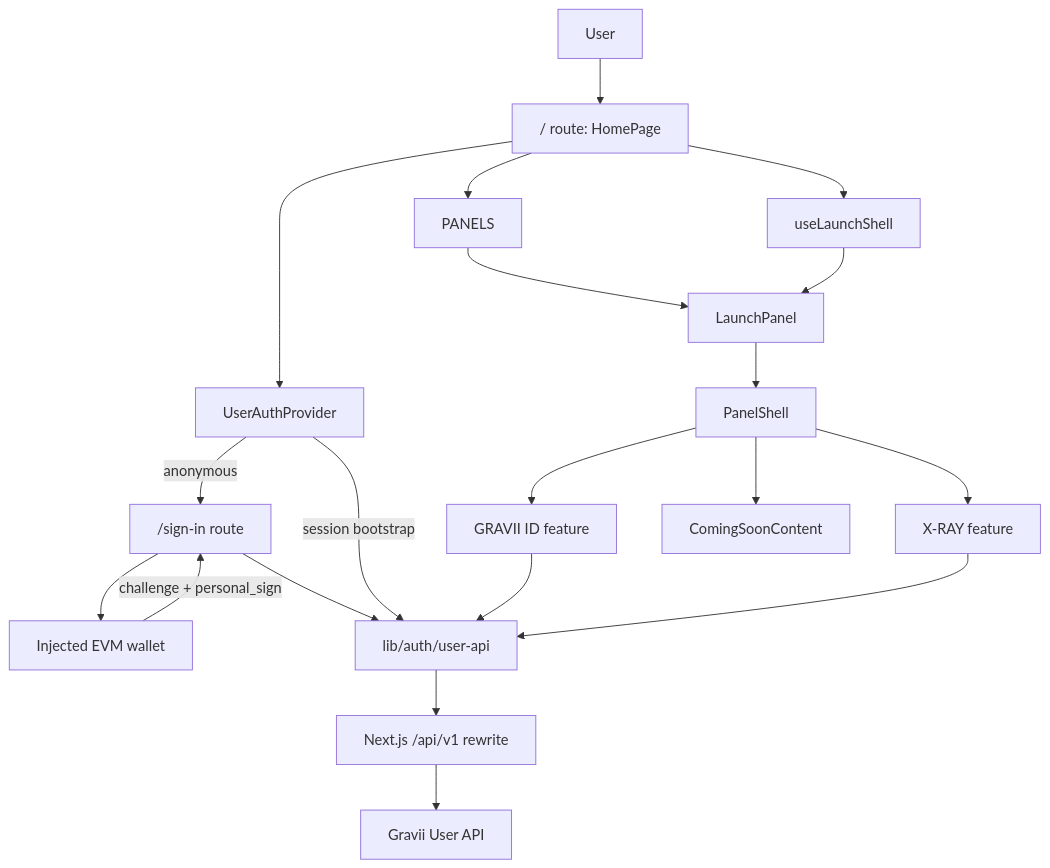
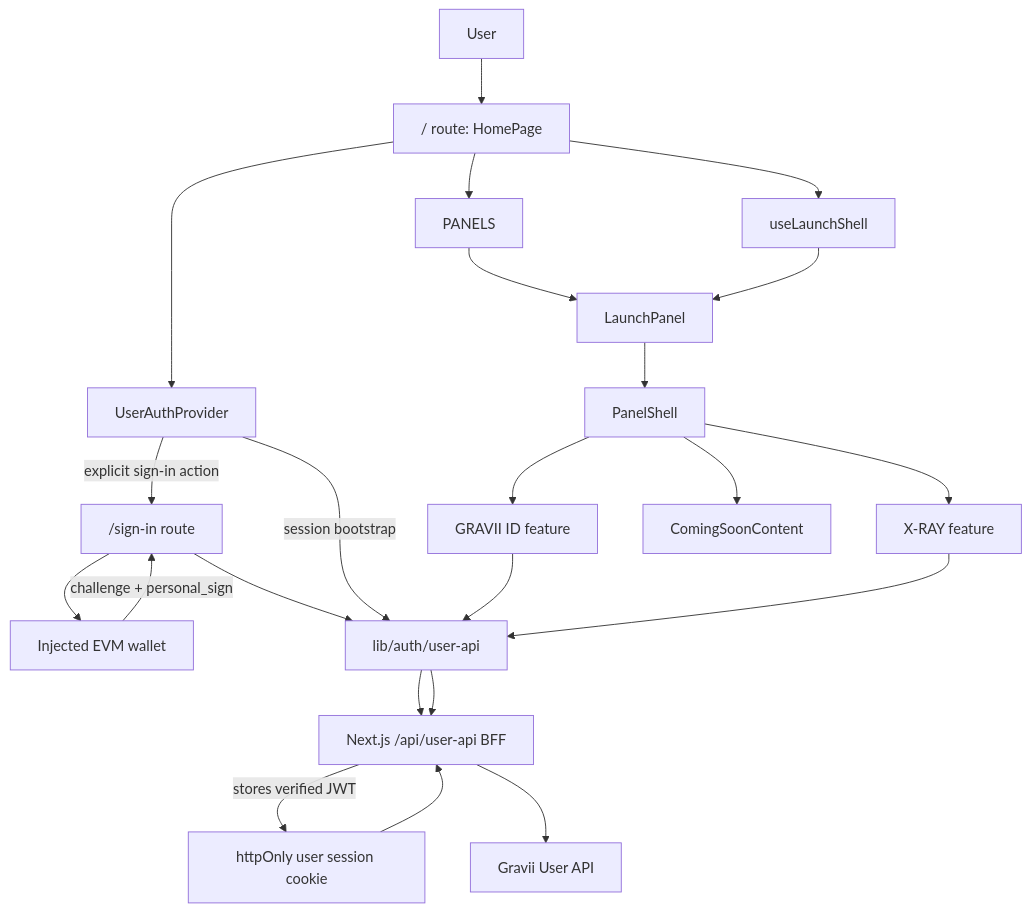
Before and after one commit to Gravii-Dev/gravii-frontend: the diagram in apps/gravii-user-app/docs/codebase/current-project-analysis.md, drawn with Mermaid. The commit also changed other lines of this file and 36 other files, not shown here.

````diff
--- a/apps/gravii-user-app/docs/codebase/current-project-analysis.md
+++ b/apps/gravii-user-app/docs/codebase/current-project-analysis.md
@@ -43,38 +43,42 @@
 ```mermaid
 flowchart TD
   User["User"]
   Wallet["Injected EVM wallet"]
   SignIn["/sign-in route"]
   AuthProvider["UserAuthProvider"]
   Home["/ route: HomePage"]
   Shell["useLaunchShell"]
   PanelConfig["PANELS"]
   LaunchPanel["LaunchPanel"]
   PanelShell["PanelShell"]
   Profile["GRAVII ID feature"]
   XRay["X-RAY feature"]
   ComingSoon["ComingSoonContent"]
   UserApi["lib/auth/user-api"]
-  Rewrite["Next.js /api/v1 rewrite"]
+  Bff["Next.js /api/user-api BFF"]
+  SessionCookie["httpOnly user session cookie"]
   Backend["Gravii User API"]
 
   User --> Home
   Home --> AuthProvider
-  AuthProvider -->|anonymous| SignIn
+  AuthProvider -->|explicit sign-in action| SignIn
   SignIn --> Wallet
   Wallet -->|challenge + personal_sign| SignIn
   SignIn --> UserApi
+  UserApi --> Bff
+  Bff -->|stores verified JWT| SessionCookie
   AuthProvider -->|session bootstrap| UserApi
   Home --> Shell
   Home --> PanelConfig
   PanelConfig --> LaunchPanel
   Shell --> LaunchPanel
   LaunchPanel --> PanelShell
   PanelShell --> Profile
   PanelShell --> XRay
   PanelShell --> ComingSoon
   Profile --> UserApi
   XRay --> UserApi
-  UserApi --> Rewrite
-  Rewrite --> Backend
+  UserApi --> Bff
+  SessionCookie --> Bff
+  Bff --> Backend
 ```
````
